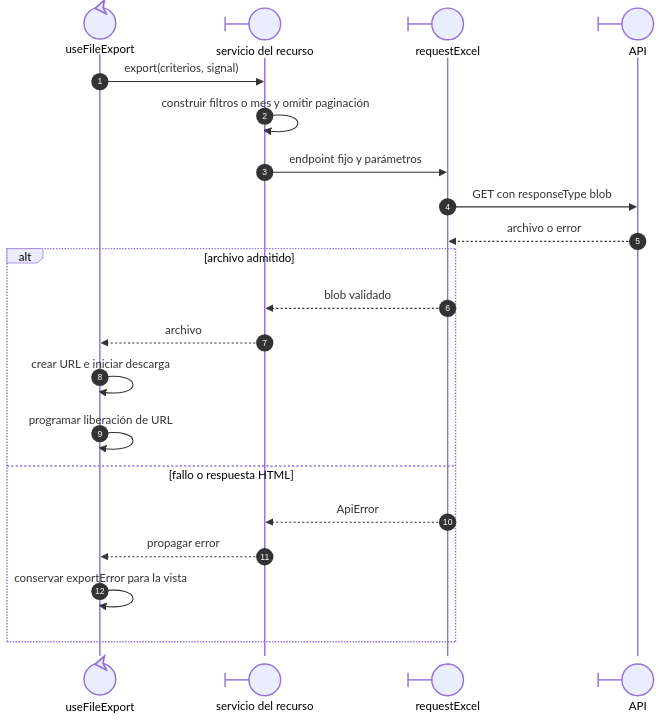
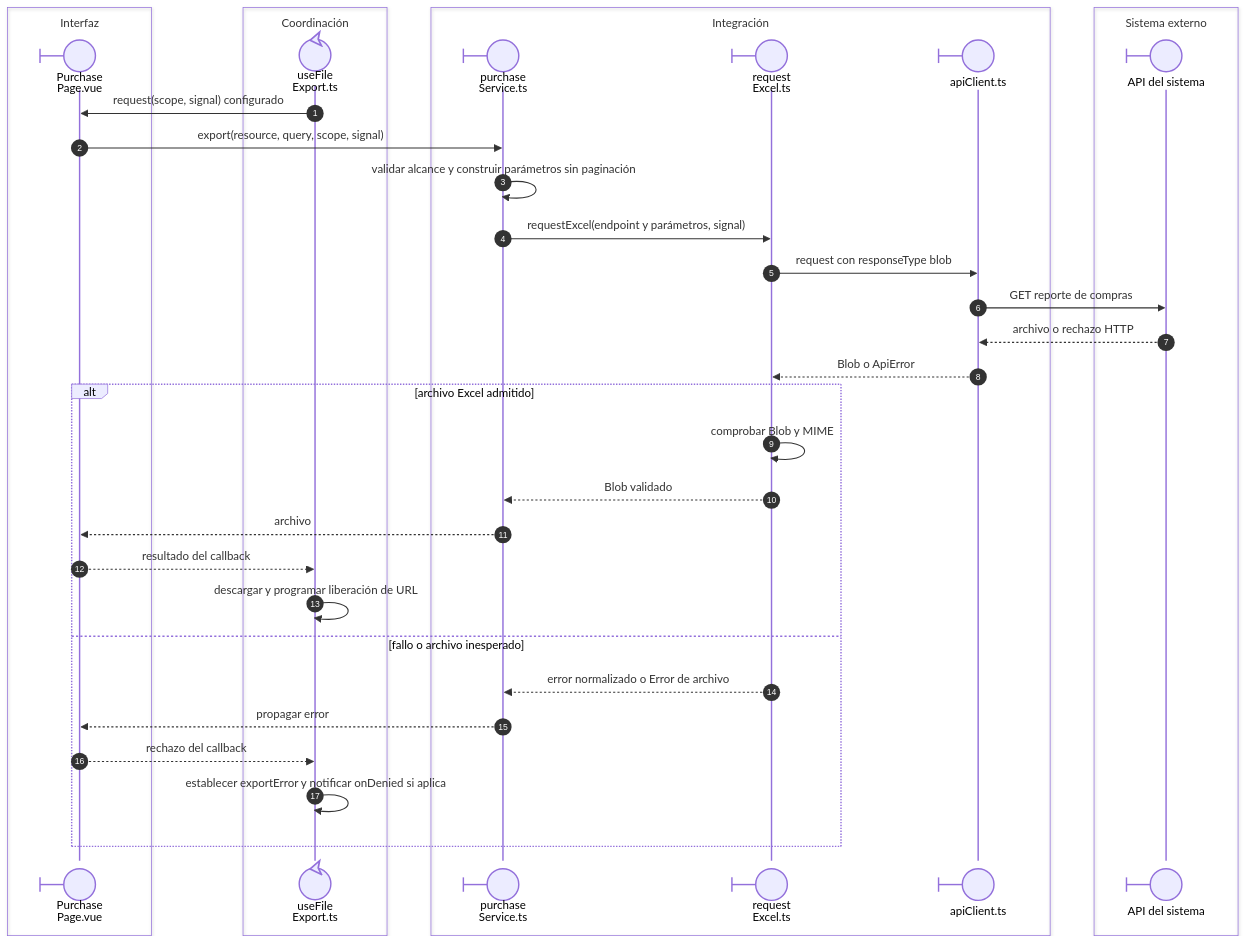
The second of 3 diagrams in front/docs/architecture/views/processes/08-movements-and-reports/02-reports.md (gpgsistemas01/nexus), drawn with Mermaid before and after one commit. The commit also changed other lines of this file and 46 other files, not shown here.

Commit message:
docs: alinear secuencias Vue con participantes y callbacks reales

````diff
--- a/front/docs/architecture/views/processes/08-movements-and-reports/02-reports.md
+++ b/front/docs/architecture/views/processes/08-movements-and-reports/02-reports.md
@@ -51,23 +61,38 @@
 ```mermaid
 sequenceDiagram
     autonumber
-    participant Export@{ "type": "control" } as useFileExport
-    participant Service@{ "type": "boundary" } as servicio del recurso
-    participant Excel@{ "type": "boundary" } as requestExcel
-    participant API@{ "type": "boundary" } as API
-    Export->>Service: export(criterios, signal)
-    Service->>Service: construir filtros o mes y omitir paginación
-    Service->>Excel: endpoint fijo y parámetros
-    Excel->>API: GET con responseType blob
-    API-->>Excel: archivo o error
-    alt archivo admitido
-        Excel-->>Service: blob validado
-        Service-->>Export: archivo
-        Export->>Export: crear URL e iniciar descarga
-        Export->>Export: programar liberación de URL
-    else fallo o respuesta HTML
-        Excel-->>Service: ApiError
-        Service-->>Export: propagar error
-        Export->>Export: conservar exportError para la vista
+    box Interfaz
+    participant Page@{ "type": "boundary" } as Purchase<br/>Page.vue
+    end
+    box Coordinación
+    participant Export@{ "type": "control" } as useFile<br/>Export.ts
+    end
+    box Integración
+    participant Service@{ "type": "boundary" } as purchase<br/>Service.ts
+    participant Excel@{ "type": "boundary" } as request<br/>Excel.ts
+    participant HTTP@{ "type": "boundary" } as apiClient.ts
+    end
+    box Sistema externo
+    participant API@{ "type": "boundary" } as API del sistema
+    end
+    Export->>Page: request(scope, signal) configurado
+    Page->>Service: export(resource, query, scope, signal)
+    Service->>Service: validar alcance y construir parámetros sin paginación
+    Service->>Excel: requestExcel(endpoint y parámetros, signal)
+    Excel->>HTTP: request con responseType blob
+    HTTP->>API: GET reporte de compras
+    API-->>HTTP: archivo o rechazo HTTP
+    HTTP-->>Excel: Blob o ApiError
+    alt archivo Excel admitido
+        Excel->>Excel: comprobar Blob y MIME
+        Excel-->>Service: Blob validado
+        Service-->>Page: archivo
+        Page-->>Export: resultado del callback
+        Export->>Export: descargar y programar liberación de URL
+    else fallo o archivo inesperado
+        Excel-->>Service: error normalizado o Error de archivo
+        Service-->>Page: propagar error
+        Page-->>Export: rechazo del callback
+        Export->>Export: establecer exportError y notificar onDenied si aplica
     end
 ```
````
